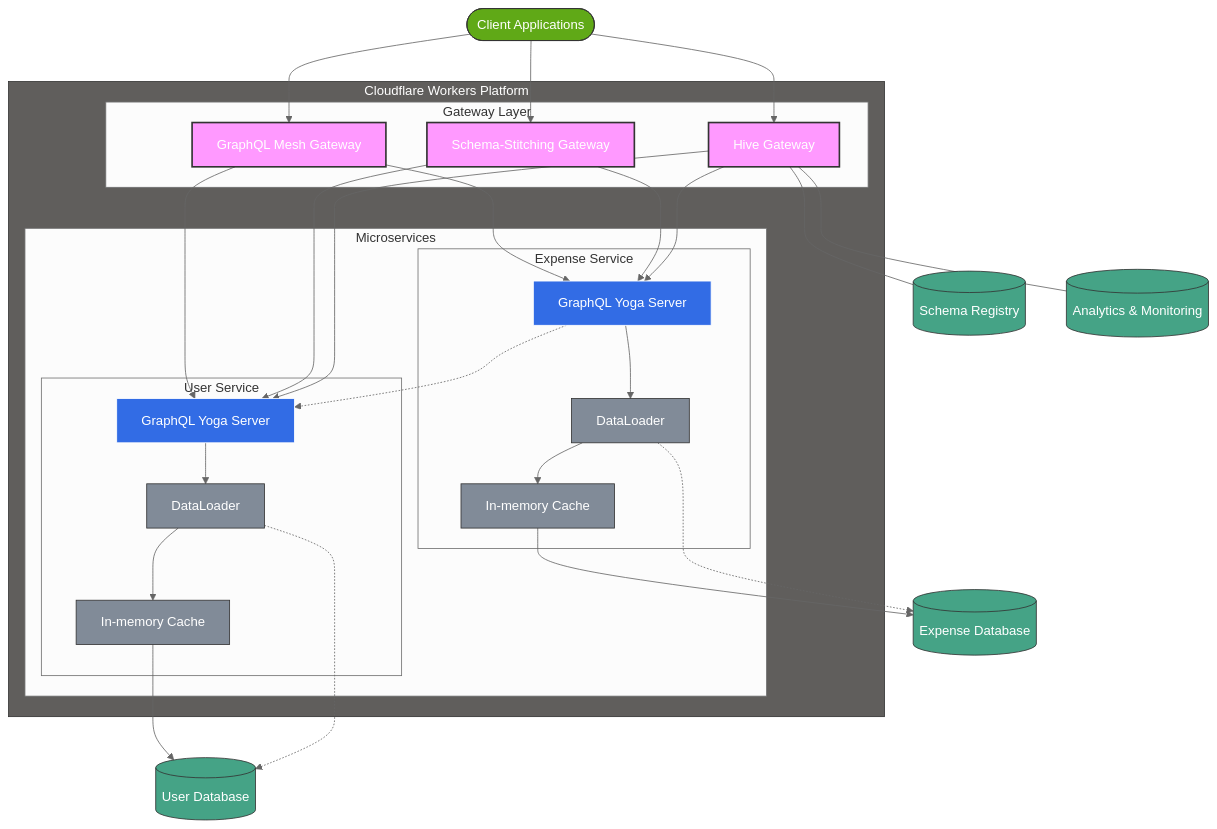
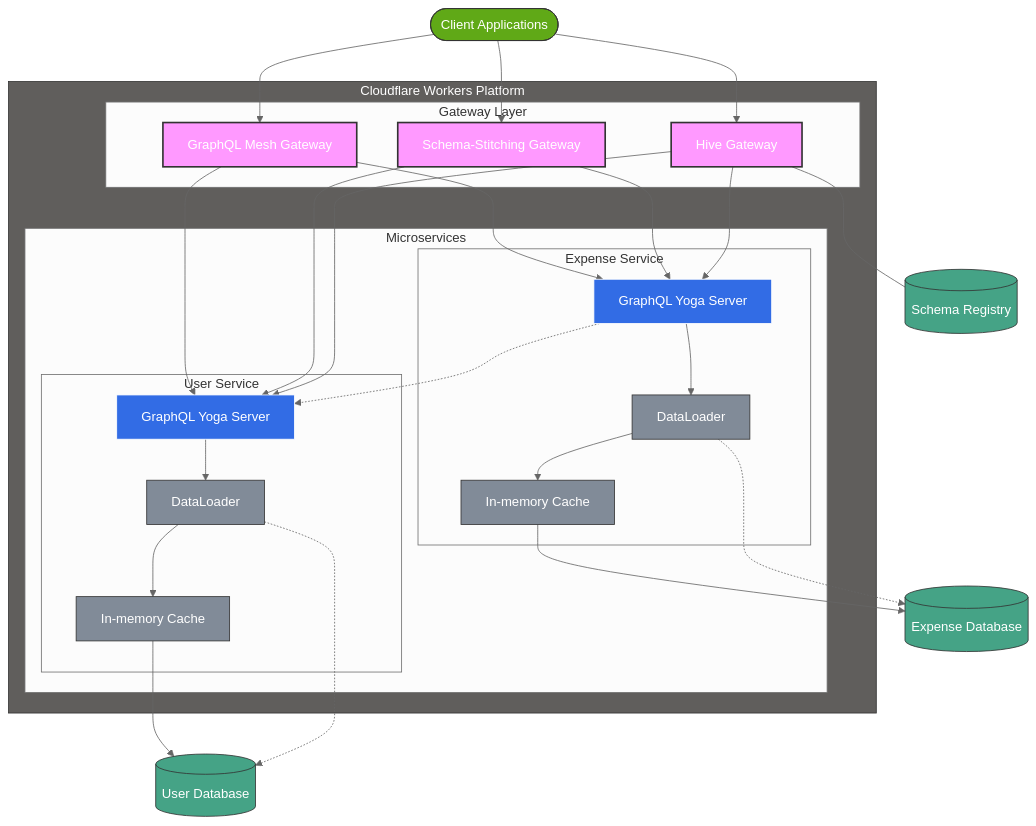
One commit to vinodhj/graphql-gateway-microservices changed the second of 3 diagrams in docs/tdd/hld.md. Above: the diagram before and after it, drawn with Mermaid (neutral theme). The commit also changed other lines of this file and 1 other file, not shown here.

````diff
--- a/docs/tdd/hld.md
+++ b/docs/tdd/hld.md
@@ -55,64 +55,63 @@
 ```mermaid
 flowchart TD
     Client([Client Applications]) --> MeshGateway
     Client --> StitchingGateway
     Client --> HiveGateway
 
     subgraph CloudflareWorkers["Cloudflare Workers Platform"]
         subgraph Gateway["Gateway Layer"]
             MeshGateway["GraphQL Mesh Gateway"]
             StitchingGateway["Schema-Stitching Gateway"]
             HiveGateway["Hive Gateway"]
         end
 
         subgraph Microservices["Microservices"]
             subgraph UserSvc["User Service"]
                 UserService["GraphQL Yoga Server"]
                 UserDL["DataLoader"]
                 UserCache["In-memory Cache"]
             end
 
             subgraph ExpenseSvc["Expense Service"]
                 ExpenseService["GraphQL Yoga Server"]
                 ExpenseDL["DataLoader"]
                 ExpenseCache["In-memory Cache"]
             end
         end
     end
 
     MeshGateway --> UserService
     MeshGateway --> ExpenseService
     StitchingGateway --> UserService
     StitchingGateway --> ExpenseService
     HiveGateway --> UserService
     HiveGateway --> ExpenseService
 
     HiveGateway --- SchemaRegistry[(Schema Registry)]
-    HiveGateway --- Analytics[(Analytics & Monitoring)]
 
     UserService --> UserDL
     UserDL --> UserCache
     UserCache --> UserDB[(User Database)]
     UserDL -.-> UserDB
 
     ExpenseService --> ExpenseDL
     ExpenseDL --> ExpenseCache
     ExpenseCache --> ExpenseDB[(Expense Database)]
     ExpenseDL -.-> ExpenseDB
 
     ExpenseService -.-> UserService
 
     classDef gateway fill:#f9f,stroke:#333,stroke-width:2px,color:#fff
     classDef service fill:#326ce5,stroke:#fff,stroke-width:1px,color:#fff
     classDef optimization fill:#818b98,stroke:#333,stroke-width:1px,color:#fff
     classDef db fill:#45a386,stroke:#333,stroke-width:1px,color:#fff
     classDef client fill:#60a917,stroke:#333,stroke-width:1px,color:#fff
     classDef platform fill:#605e5c,stroke:#333,stroke-width:1px,color:#fff
 
     class MeshGateway,StitchingGateway,HiveGateway gateway
     class UserService,ExpenseService service
     class UserDL,UserCache,ExpenseDL,ExpenseCache optimization
-    class UserDB,ExpenseDB,SchemaRegistry,Analytics db
+    class UserDB,ExpenseDB,SchemaRegistry db
     class Client client
     class CloudflareWorkers platform
 ```
````
